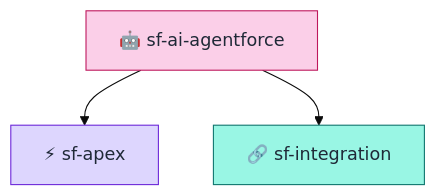
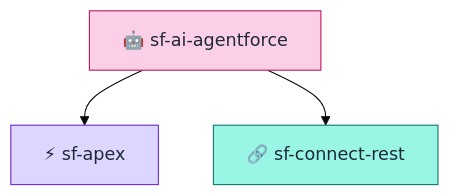
One commit to cirra-ai/skills changed the fourth of 6 diagrams in skills/sf-diagram/references/color-palette.md. Above: the diagram before and after it, drawn with Mermaid (base theme). The commit also changed other lines of this file and 88 other files, not shown here.

First line of the commit message:
fix(skills): align all skills with Cirra MCP tool schemas, add signature validator, fix stale refs and Apex scoring (#166)

````diff
--- a/skills/sf-diagram/references/color-palette.md
+++ b/skills/sf-diagram/references/color-palette.md
@@ -212,14 +212,14 @@
 ```mermaid
 flowchart TB
     A["🤖 sf-ai-agentforce"]
     B["⚡ sf-apex"]
-    C["🔗 sf-integration"]
+    C["🔗 sf-connect-rest"]
 
     A --> B
     A --> C
 
     %% 200-level fill + dark stroke + dark text
     style A fill:#fbcfe8,stroke:#be185d,color:#1f2937
     style B fill:#ddd6fe,stroke:#6d28d9,color:#1f2937
     style C fill:#99f6e4,stroke:#0f766e,color:#1f2937
 ```
````
